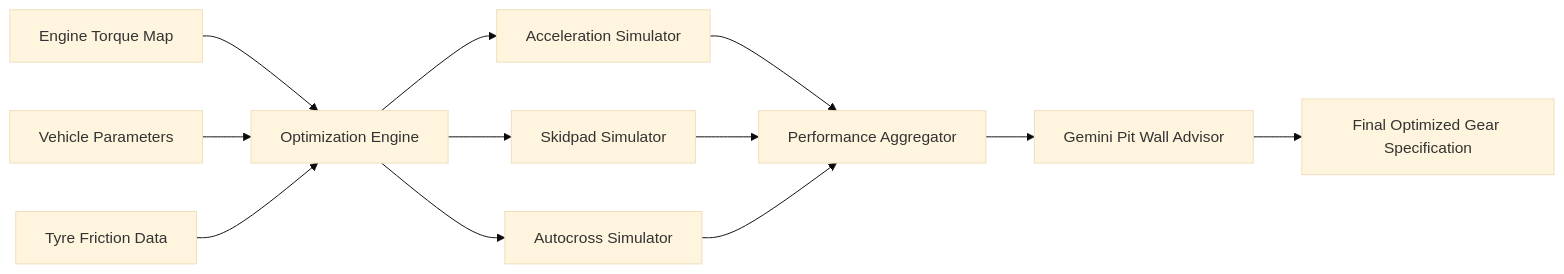
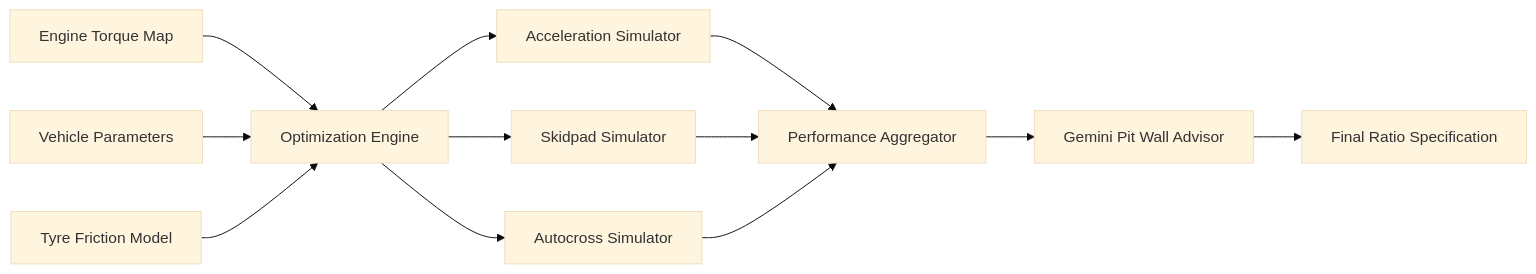
Before and after one commit to Punyamittal/gear-lab-pro: the first of 6 diagrams in README.md, drawn with Mermaid (base theme). The commit also changed other lines of this file, not shown here.

````diff
--- a/README.md
+++ b/README.md
@@ -31,18 +34,17 @@
 ```mermaid
-graph LR
+flowchart LR
+    A[Engine Torque Map] --> D[Optimization Engine]
+    B[Vehicle Parameters] --> D
+    C[Tyre Friction Model] --> D
 
-A[Engine Torque Map] --> D[Optimization Engine]
-B[Vehicle Parameters] --> D
-C[Tyre Friction Data] --> D
+    D --> E[Acceleration Simulator]
+    D --> F[Skidpad Simulator]
+    D --> G[Autocross Simulator]
 
-D --> E[Acceleration Simulator]
-D --> F[Skidpad Simulator]
-D --> G[Autocross Simulator]
+    E --> H[Performance Aggregator]
+    F --> H
+    G --> H
 
-E --> H[Performance Aggregator]
-F --> H
-G --> H
-
-H --> I[Gemini Pit Wall Advisor]
-I --> J[Final Optimized Gear Specification]
+    H --> I[Gemini Pit Wall Advisor]
+    I --> J[Final Ratio Specification]
 ```
````
